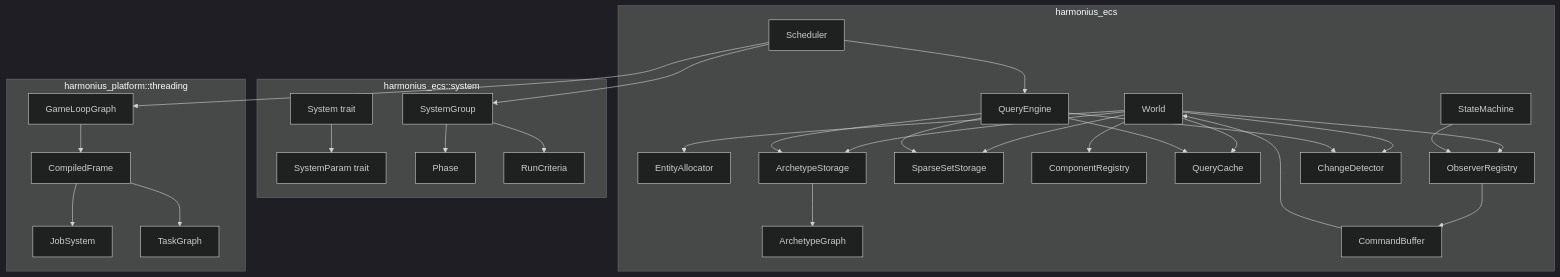
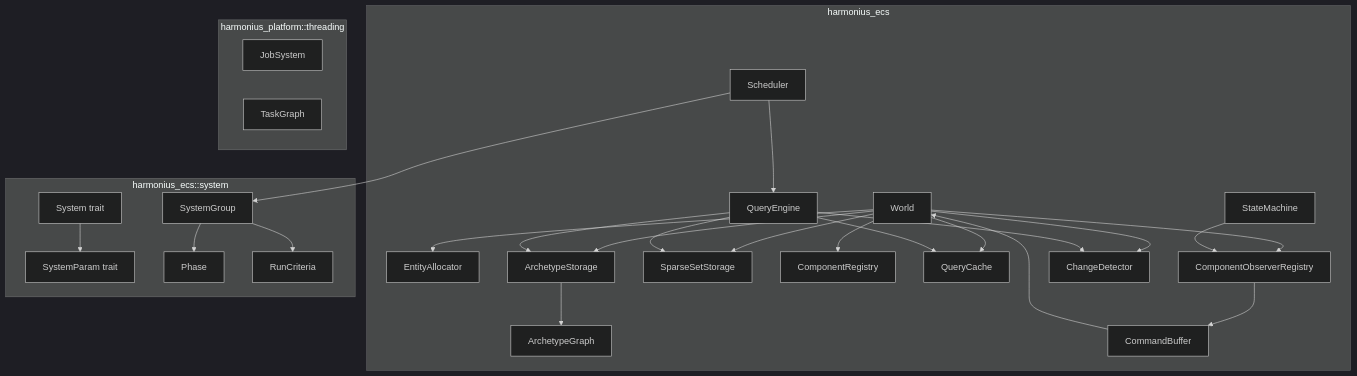
Before and after one commit to harmonius-dev/harmonius: the first of 9 diagrams in docs/design/core-runtime/ecs.md, drawn with Mermaid (dark theme). The commit also changed other lines of this file and 143 other files, not shown here.

````diff
--- a/docs/design/core-runtime/ecs.md
+++ b/docs/design/core-runtime/ecs.md
@@ -139,61 +149,55 @@
 ```mermaid
 graph TD
     subgraph "harmonius_ecs"
         W[World]
         EA[EntityAllocator]
         AS[ArchetypeStorage]
         AG[ArchetypeGraph]
         SS[SparseSetStorage]
         CR[ComponentRegistry]
         QC[QueryCache]
         QE[QueryEngine]
         SC[Scheduler]
         CB[CommandBuffer]
-        OB[ObserverRegistry]
+        OB[ComponentObserverRegistry]
         CD[ChangeDetector]
         SM[StateMachine]
     end
 
     subgraph "harmonius_ecs::system"
         SY[System trait]
         SP[SystemParam trait]
         SG[SystemGroup]
         PH[Phase]
         RC[RunCriteria]
     end
 
     subgraph "harmonius_platform::threading"
         JS[JobSystem]
         TG[TaskGraph]
-        GLG[GameLoopGraph]
-        CF[CompiledFrame]
     end
 
     W --> EA
     W --> AS
     W --> SS
     W --> CR
     W --> QC
     W --> OB
     W --> CD
 
     AS --> AG
     QE --> QC
     QE --> AS
     QE --> SS
     QE --> CD
 
-    SC --> GLG
-    GLG --> CF
-    CF --> TG
-    CF --> JS
     SC --> SG
     SC --> QE
     SG --> PH
     SG --> RC
 
     CB --> W
     OB --> CB
     SM --> OB
     SY --> SP
 ```
````
